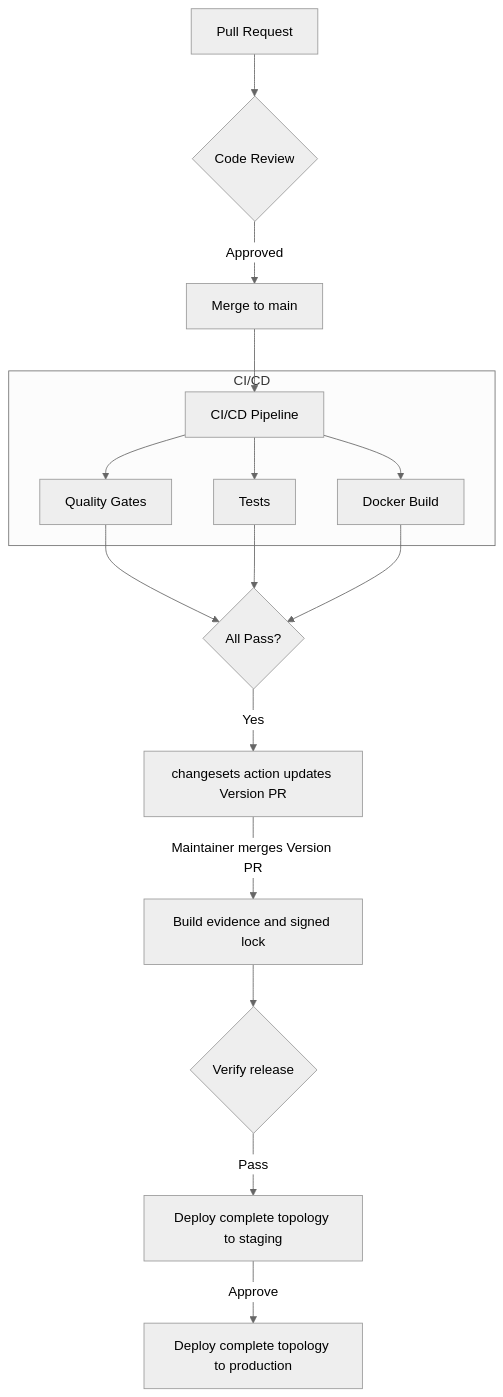
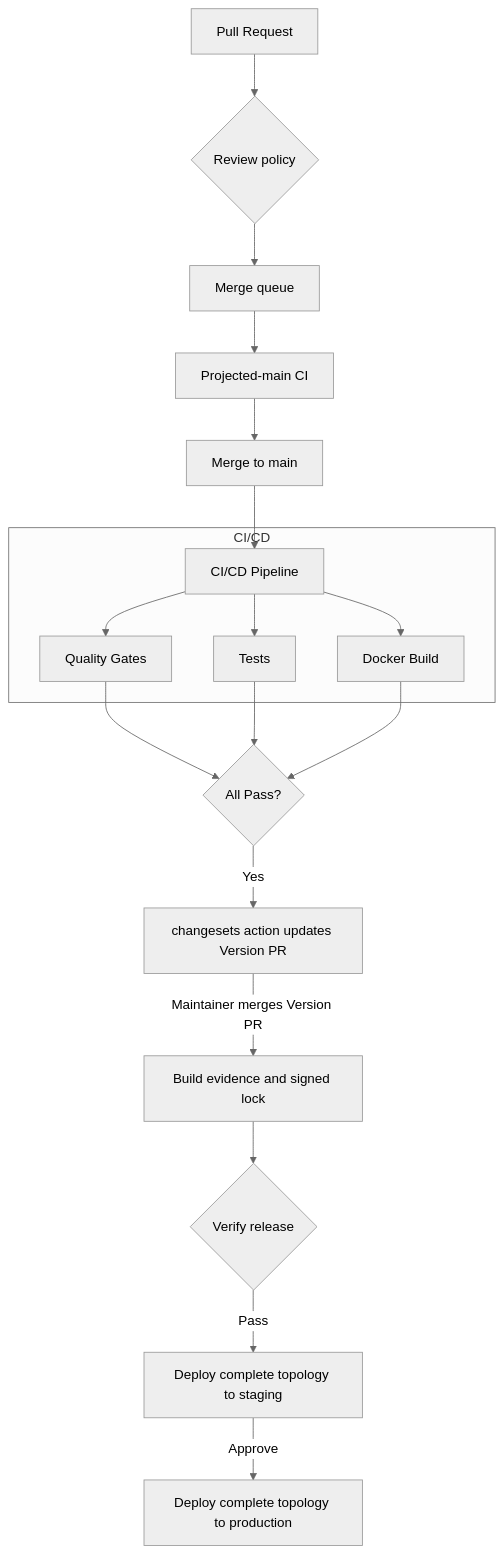
One commit to ls1intum/Hephaestus changed the first of 2 diagrams in docs/contributor/ci-cd.mdx. Above: the diagram before and after it, drawn with Mermaid (neutral theme). The commit also changed other lines of this file and 20 other files, not shown here.

Commit message:
feat(ci): add merge queue and harden workflow reliability

````diff
--- a/docs/contributor/ci-cd.mdx
+++ b/docs/contributor/ci-cd.mdx
@@ -14,24 +14,26 @@
 ```mermaid
 flowchart TD
     accTitle: Pull request delivery pipeline
-    accDescr: An approved change passes CI, enters a Version PR, and becomes a signed release that deploys to staging before production approval.
-    PR[Pull Request] --> Review{Code Review}
-    Review -->|Approved| Merge[Merge to main]
+    accDescr: A pull request satisfies review policy, passes projected-main CI in the merge queue, and becomes a signed release that deploys to staging before production approval.
+    PR[Pull Request] --> Policy{Review policy}
+    Policy --> Queue[Merge queue]
+    Queue --> MG[Projected-main CI]
+    MG --> Merge[Merge to main]
     Merge --> CI[CI/CD Pipeline]
 
     subgraph CI/CD
     CI --> Q[Quality Gates]
     CI --> T[Tests]
     CI --> D[Docker Build]
     end
 
     Q --> Pass{All Pass?}
     T --> Pass
     D --> Pass
 
     Pass -->|Yes| VP[changesets action updates Version PR]
     VP -->|Maintainer merges Version PR| Release[Build evidence and signed lock]
     Release --> Verify{Verify release}
     Verify -->|Pass| Staging[Deploy complete topology to staging]
     Staging -->|Approve| Prod[Deploy complete topology to production]
 ```
````
